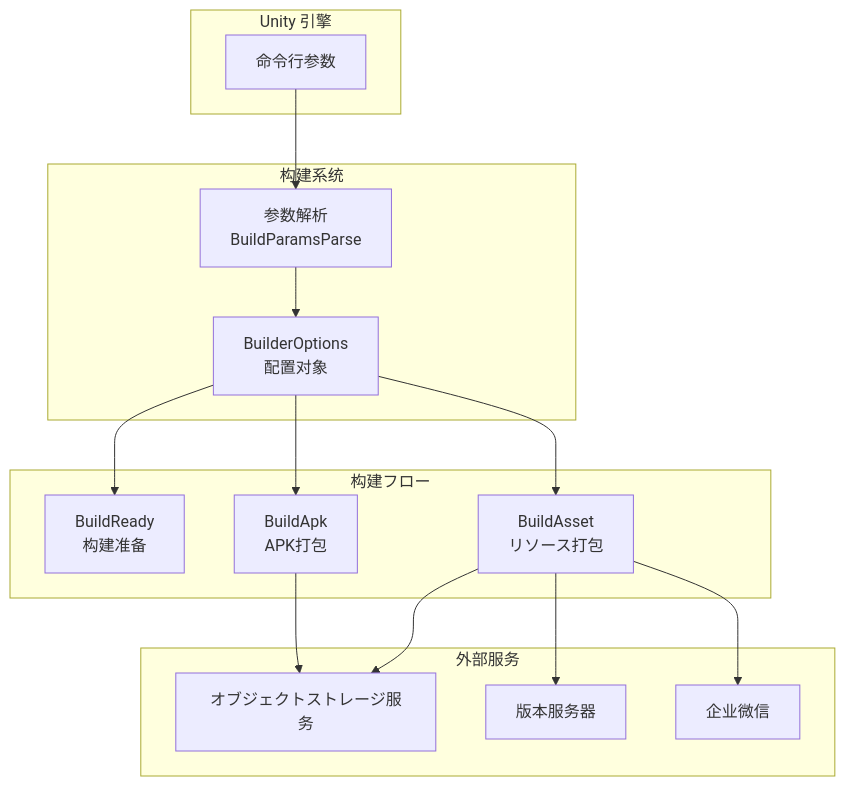
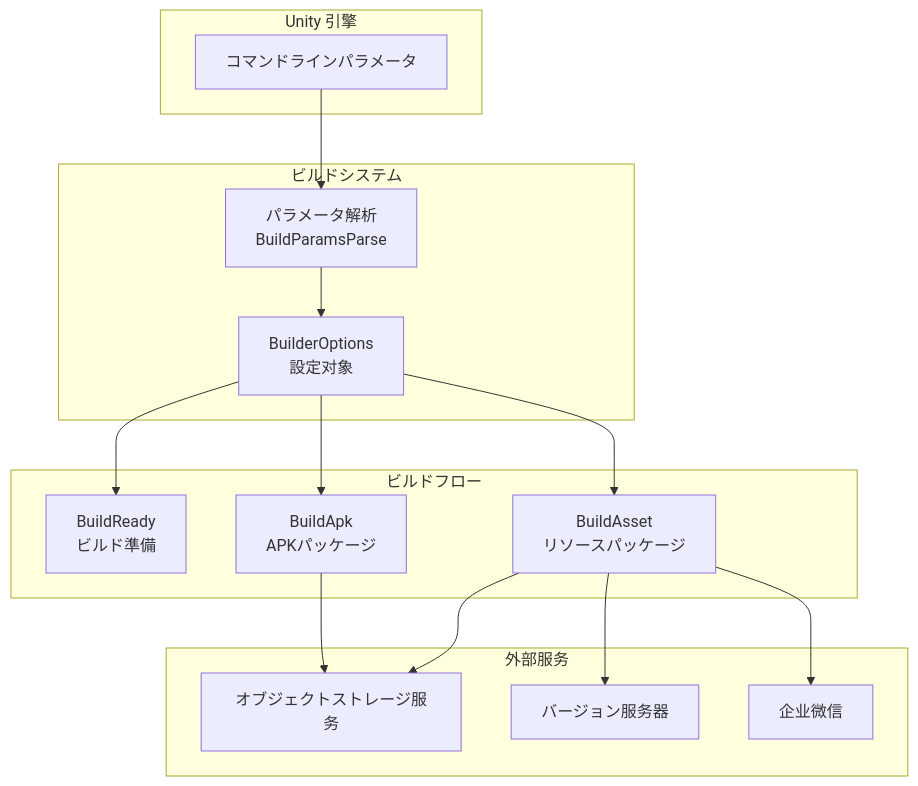
One commit to AlianBlank/GameFrameX.Docs changed the first of 2 diagrams in docs/ja/client/unity/component/builder/05.configuration.md. Above: the diagram before and after it, drawn with Mermaid. The commit also changed other lines of this file and 320 other files, not shown here.

````diff
--- a/docs/ja/client/unity/component/builder/05.configuration.md
+++ b/docs/ja/client/unity/component/builder/05.configuration.md
@@ -94,34 +94,34 @@
 ```mermaid
 graph TD
     subgraph UnityEngine["Unity 引擎"]
-        CLI[命令行参数]
+        CLI[コマンドラインパラメータ]
     end
 
-    subgraph Builder["构建系统"]
-        Parse[参数解析<br/>BuildParamsParse]
-        Options[BuilderOptions<br/>配置对象]
+    subgraph Builder["ビルドシステム"]
+        Parse[パラメータ解析<br/>BuildParamsParse]
+        Options[BuilderOptions<br/>設定对象]
     end
 
-    subgraph BuildFlow["构建フロー"]
-        Ready[BuildReady<br/>构建准备]
-        Asset[BuildAsset<br/>リソース打包]
-        Apk[BuildApk<br/>APK打包]
+    subgraph BuildFlow["ビルドフロー"]
+        Ready[BuildReady<br/>ビルド準備]
+        Asset[BuildAsset<br/>リソースパッケージ]
+        Apk[BuildApk<br/>APKパッケージ]
     end
 
     subgraph ExternalServices["外部服务"]
         OSS[オブジェクトストレージ服务]
-        VersionServer[版本服务器]
+        VersionServer[バージョン服务器]
         WeChat[企业微信]
     end
 
     CLI --> Parse
     Parse --> Options
     Options --> Ready
     Options --> Asset
     Options --> Apk
 
     Asset --> OSS
     Apk --> OSS
     Asset --> VersionServer
     Asset --> WeChat
 ```
````
